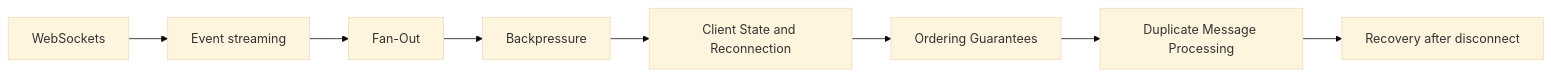
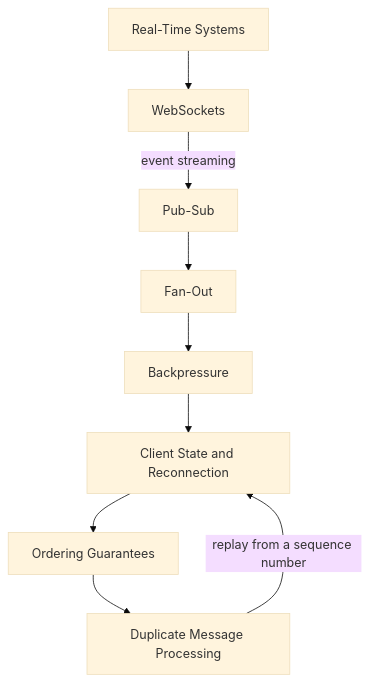
Before and after one commit to kunal-ladh/learn-system-design: the fourth of 6 diagrams in HLD/01 HLD & System Design/Knowledge Graph.md, drawn with Mermaid (base theme). The commit also changed other lines of this file and 195 other files, not shown here.

````diff
--- a/HLD/01 HLD & System Design/Knowledge Graph.md
+++ b/HLD/01 HLD & System Design/Knowledge Graph.md
@@ -66,10 +71,12 @@
 ```mermaid
-flowchart LR
-    WS[WebSockets] --> ES["Event streaming"]
-    ES --> FO[Fan-Out]
+flowchart TB
+    RT[Real-Time Systems] --> WS[WebSockets]
+    WS -- "event streaming" --> PS[Pub-Sub]
+    PS --> FO[Fan-Out]
     FO --> BP[Backpressure]
     BP --> CS[Client State and Reconnection]
     CS --> ORD[Ordering Guarantees]
     ORD --> DUP[Duplicate Message Processing]
-    DUP --> REC["Recovery after disconnect"]
+    DUP -- "replay from a sequence number" --> CS
+    class BP,CS,DUP,FO,ORD,PS,RT,WS internal-link;
 ```
````
